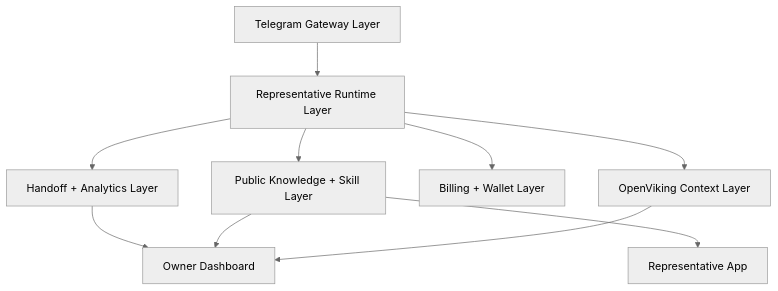
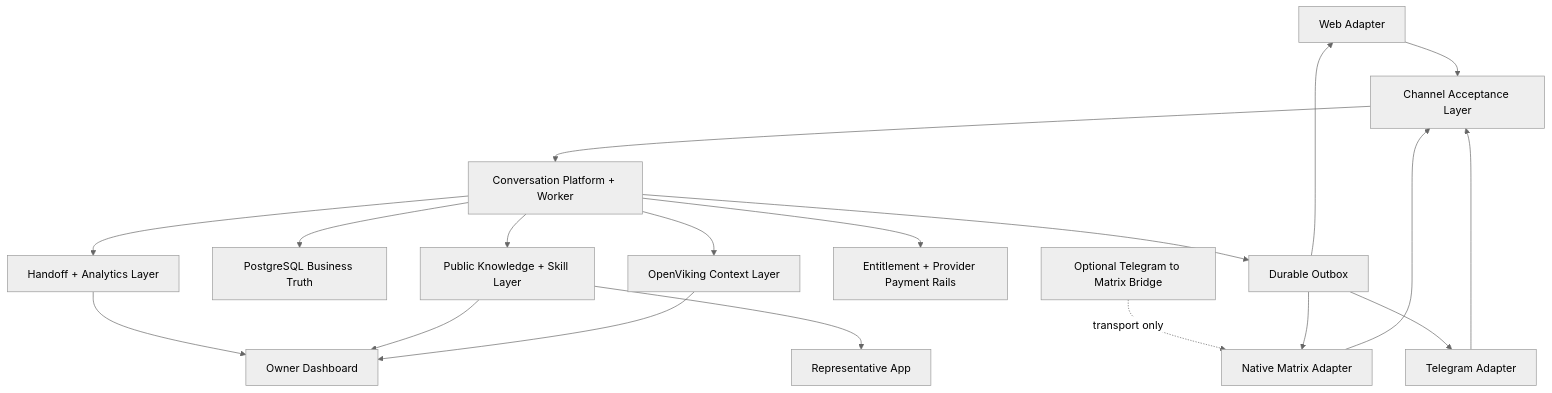
The diagram in docs/architecture.md (BIFNC-TEAM/Delegate), drawn with Mermaid (neutral theme) before and after one commit. The commit also changed other lines of this file and 90 other files, not shown here.

Commit message:
feat: close channel conversation platform loop

````diff
--- a/docs/architecture.md
+++ b/docs/architecture.md
@@ -40,12 +47,21 @@
 ```mermaid
 flowchart TD
-    TG["Telegram Gateway Layer"] --> RT["Representative Runtime Layer"]
+    WEB["Web Adapter"] --> IN["Channel Acceptance Layer"]
+    MX["Native Matrix Adapter"] --> IN
+    TG["Telegram Adapter"] --> IN
+    BR["Optional Telegram to Matrix Bridge"] -. "transport only" .-> MX
+    IN --> RT["Conversation Platform + Worker"]
+    RT --> DB["PostgreSQL Business Truth"]
     RT --> KG["Public Knowledge + Skill Layer"]
     RT --> MEM["OpenViking Context Layer"]
-    RT --> BILL["Billing + Wallet Layer"]
+    RT --> BILL["Entitlement + Provider Payment Rails"]
     RT --> HAND["Handoff + Analytics Layer"]
+    RT --> OUT["Durable Outbox"]
+    OUT --> WEB
+    OUT --> MX
+    OUT --> TG
     HAND --> DASH["Owner Dashboard"]
     KG --> DASH
     MEM --> DASH
     KG --> REPS["Representative App"]
 ```
````
